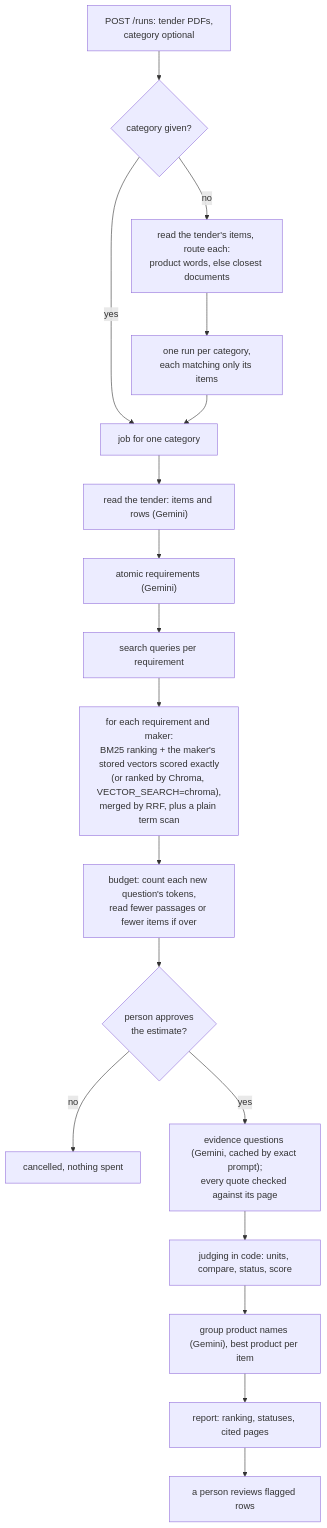
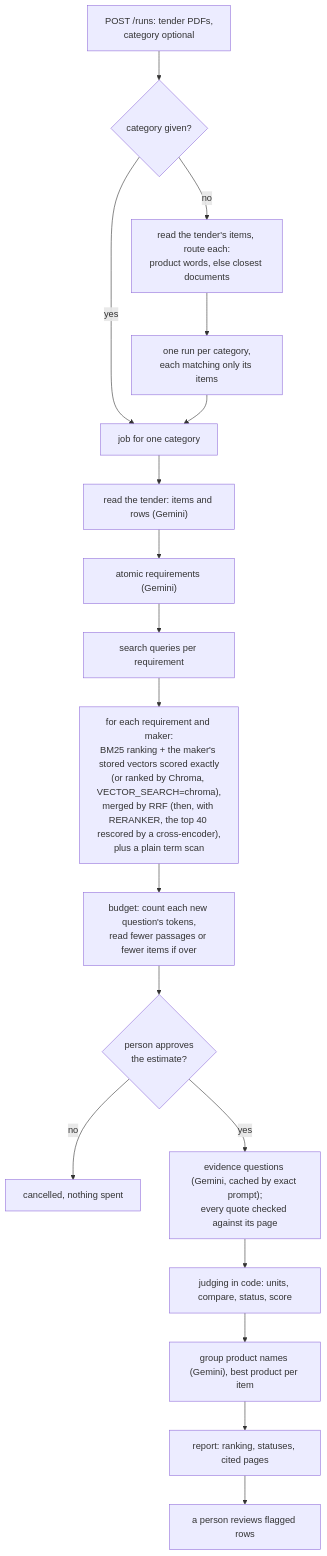
One commit to Shrau1711/tender-requirement-matcher changed the third of 3 diagrams in docs/architecture.md. Above: the diagram before and after it, drawn with Mermaid. The commit also changed other lines of this file and 12 other files, not shown here.

First line of the commit message:
Shared tie-break for both VECTOR_SEARCH paths (exact stays default); optional RERANKER stage

````diff
--- a/docs/architecture.md
+++ b/docs/architecture.md
@@ -91,20 +91,20 @@
 ```mermaid
 flowchart TD
     UP["POST /runs: tender PDFs,<br/>category optional"] --> CATQ{"category given?"}
     CATQ -->|yes| JOB
     CATQ -->|no| RT["read the tender's items, route each:<br/>product words, else closest documents"]
     RT --> SPLIT["one run per category,<br/>each matching only its items"]
     SPLIT --> JOB["job for one category"]
     JOB --> TR["read the tender: items and rows (Gemini)"]
     TR --> AT["atomic requirements (Gemini)"]
     AT --> Q["search queries per requirement"]
-    Q --> S["for each requirement and maker:<br/>BM25 ranking + the maker's stored vectors scored exactly<br/>(or ranked by Chroma, VECTOR_SEARCH=chroma),<br/>merged by RRF, plus a plain term scan"]
+    Q --> S["for each requirement and maker:<br/>BM25 ranking + the maker's stored vectors scored exactly<br/>(or ranked by Chroma, VECTOR_SEARCH=chroma),<br/>merged by RRF (then, with RERANKER, the top 40 rescored by a cross-encoder),<br/>plus a plain term scan"]
     S --> B["budget: count each new question's tokens,<br/>read fewer passages or fewer items if over"]
     B --> E{"person approves<br/>the estimate?"}
     E -->|no| STOP["cancelled, nothing spent"]
     E -->|yes| EV["evidence questions (Gemini, cached by exact prompt);<br/>every quote checked against its page"]
     EV --> J["judging in code: units, compare, status, score"]
     J --> P["group product names (Gemini), best product per item"]
     P --> R["report: ranking, statuses, cited pages"]
     R --> RV["a person reviews flagged rows"]
 ```
````
